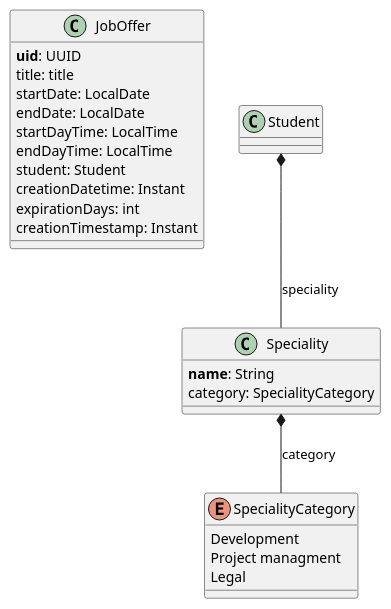
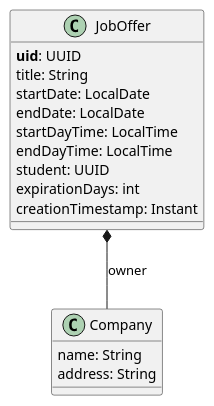
One commit to Haingue/architecture changed the second of 2 diagrams in spring-boot/INTES TP - Spring Boot 2025-2026 JobOfferService.md. Above: the diagram before and after it, drawn with PlantUML. The commit also changed other lines of this file and 37 other files, not shown here.

````diff
--- a/spring-boot/INTES TP - Spring Boot 2025-2026 JobOfferService.md
+++ b/spring-boot/INTES TP - Spring Boot 2025-2026 JobOfferService.md
@@ -282,31 +272,21 @@
 ```plantuml
 @startuml
 Class JobOffer {
   **uid**: UUID
-  title: title
+  title: String
   startDate: LocalDate
   endDate: LocalDate
   startDayTime: LocalTime
   endDayTime: LocalTime
-  student: Student
-  creationDatetime: Instant
+  student: UUID
   expirationDays: int
   creationTimestamp: Instant
 }
-Class Student {
+Class Company {
+  name: String
+  address: String
 
 }
-Class Speciality {
-  **name**: String
-  category: SpecialityCategory
-}
-Enum SpecialityCategory {
-  Development
-  Project managment
-  Legal
-}
-
-Student *-- Speciality : speciality
-Speciality *-- SpecialityCategory  : category
+JobOffer *-- Company : owner
 @enduml
 ```
````
